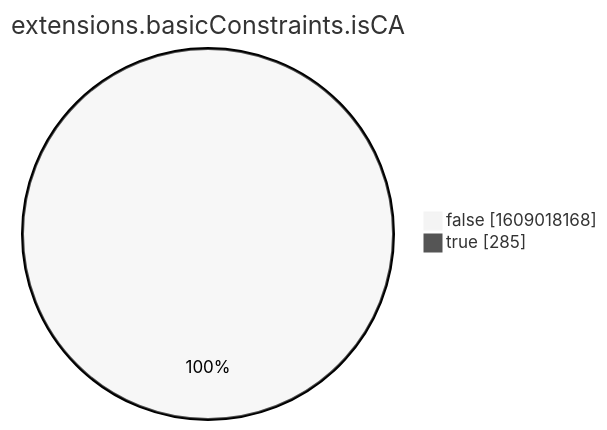
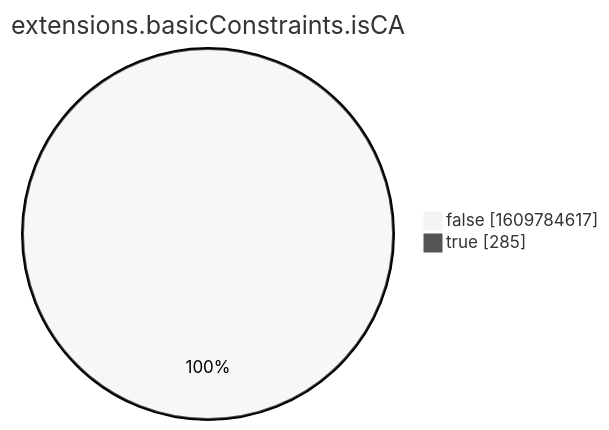
One commit to christiankrug/ctmonitor_visualization changed the eighth of 15 diagrams in xenon2022/README.md. Above: the diagram before and after it, drawn with Mermaid (neutral theme). The commit also changed other lines of this file, not shown here.

````diff
--- a/xenon2022/README.md
+++ b/xenon2022/README.md
@@ -2862,6 +2862,6 @@
 ```mermaid
 pie showData
 title extensions.basicConstraints.isCA
-"false" :1609018168
+"false" :1609784617
 "true" :285
 ```
````
